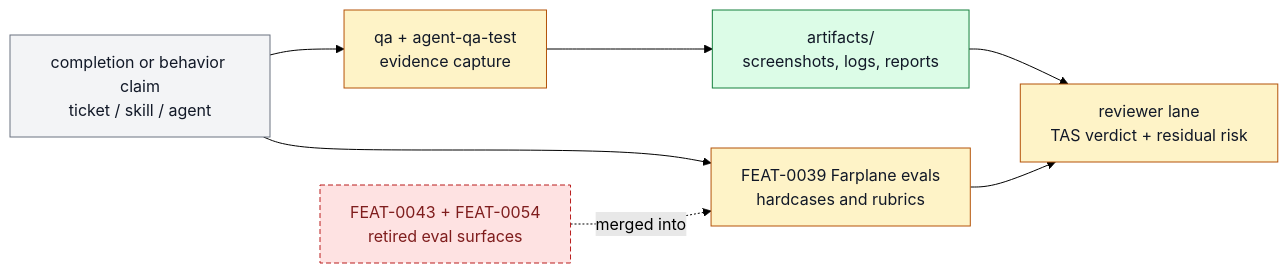
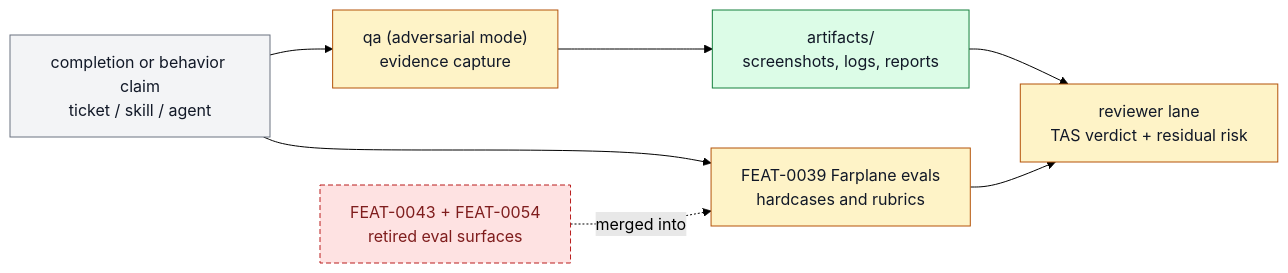
Before and after one commit to ZanarkandTechnologies/Farplane: the diagram in docs/systems/proof-review.md, drawn with Mermaid (forest theme). The commit also changed other lines of this file and 647 other files, not shown here.

````diff
--- a/docs/systems/proof-review.md
+++ b/docs/systems/proof-review.md
@@ -108,18 +108,18 @@
 ```mermaid
 flowchart LR
   classDef keep fill:#f3f4f6,stroke:#6b7280,color:#111827
   classDef changed fill:#fef3c7,stroke:#b45309,color:#111827
   classDef added fill:#dcfce7,stroke:#15803d,color:#111827
   classDef retired fill:#fee2e2,stroke:#b91c1c,color:#7f1d1d,stroke-dasharray: 5 3
 
   claim["completion or behavior claim<br/>ticket / skill / agent"]:::keep
-  qa["qa + agent-qa-test<br/>evidence capture"]:::changed
+  qa["qa (adversarial mode)<br/>evidence capture"]:::changed
   evals["FEAT-0039 Farplane evals<br/>hardcases and rubrics"]:::changed
   retired["FEAT-0043 + FEAT-0054<br/>retired eval surfaces"]:::retired
   review["reviewer lane<br/>TAS verdict + residual risk"]:::changed
   proof["artifacts/<br/>screenshots, logs, reports"]:::added
 
   claim --> qa --> proof --> review
   claim --> evals --> review
   retired -. "merged into" .-> evals
 ```
````
